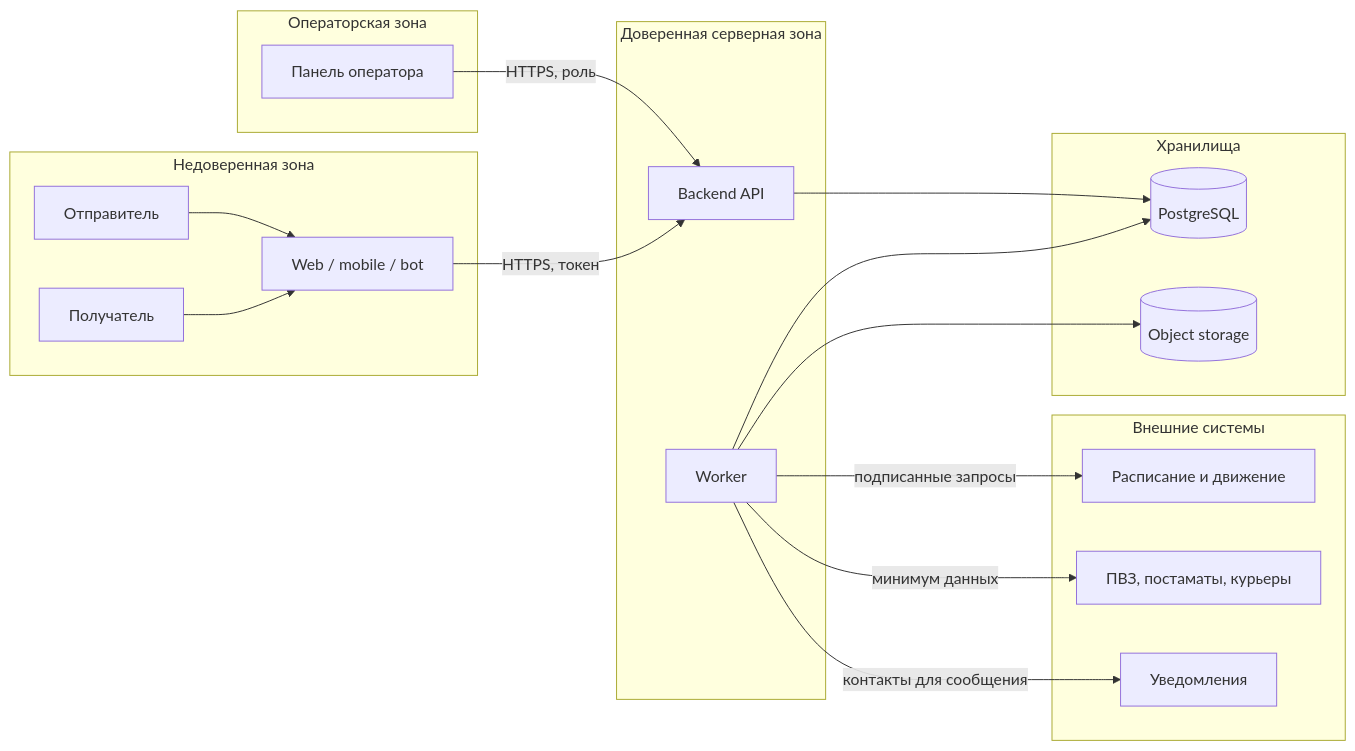
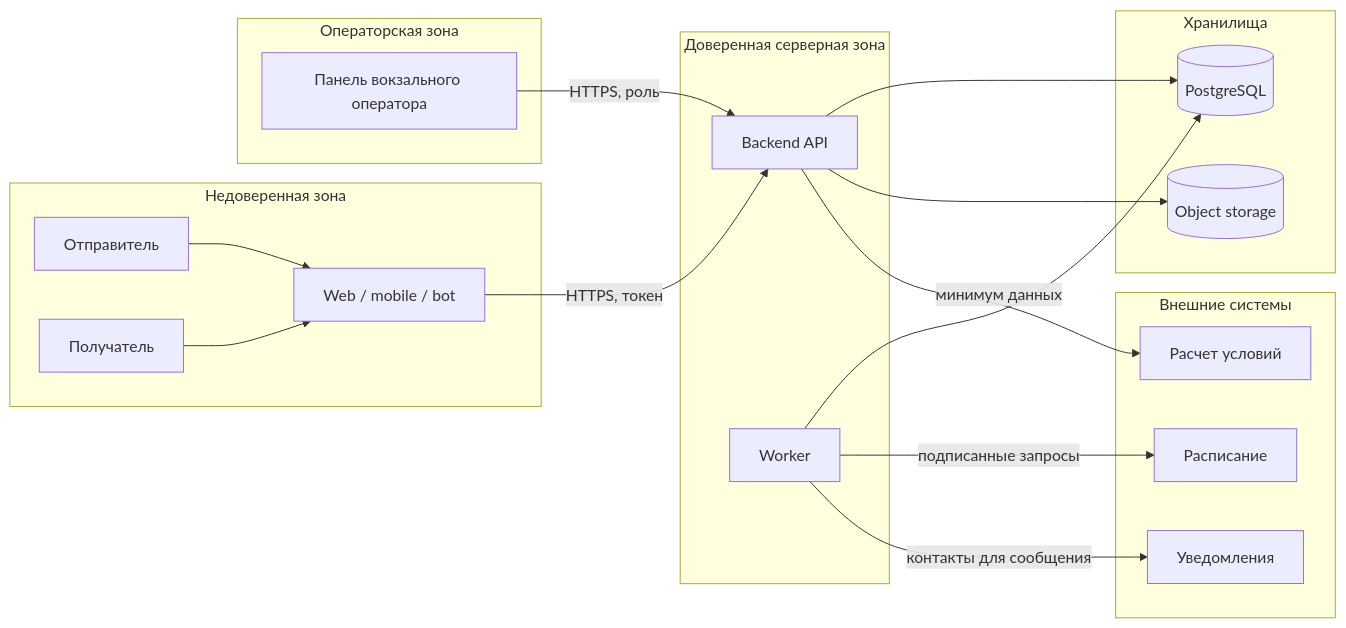
Before and after one commit to W1zzK1/Plan-dissertation: the diagram in 10-безопасность.md, drawn with Mermaid. The commit also changed other lines of this file and 19 other files, not shown here.

````diff
--- a/10-безопасность.md
+++ b/10-безопасность.md
@@ -16,39 +15,39 @@
 ```mermaid
 flowchart LR
     subgraph Public[Недоверенная зона]
         Sender[Отправитель]
         Recipient[Получатель]
         Client[Web / mobile / bot]
     end
 
     subgraph OperatorZone[Операторская зона]
-        Operator[Панель оператора]
+        Operator[Панель вокзального оператора]
     end
 
     subgraph Backend[Доверенная серверная зона]
         API[Backend API]
         Worker[Worker]
     end
 
     subgraph Storage[Хранилища]
         DB[(PostgreSQL)]
         Files[(Object storage)]
     end
 
     subgraph External[Внешние системы]
-        Train[Расписание и движение]
-        LastMile[ПВЗ, постаматы, курьеры]
+        Schedule[Расписание]
+        Pricing[Расчет условий]
         Notify[Уведомления]
     end
 
     Sender --> Client
     Recipient --> Client
     Client -->|HTTPS, токен| API
     Operator -->|HTTPS, роль| API
     API --> DB
+    API --> Files
     Worker --> DB
-    Worker --> Files
-    Worker -->|подписанные запросы| Train
-    Worker -->|минимум данных| LastMile
+    Worker -->|подписанные запросы| Schedule
+    API -->|минимум данных| Pricing
     Worker -->|контакты для сообщения| Notify
 ```
````
